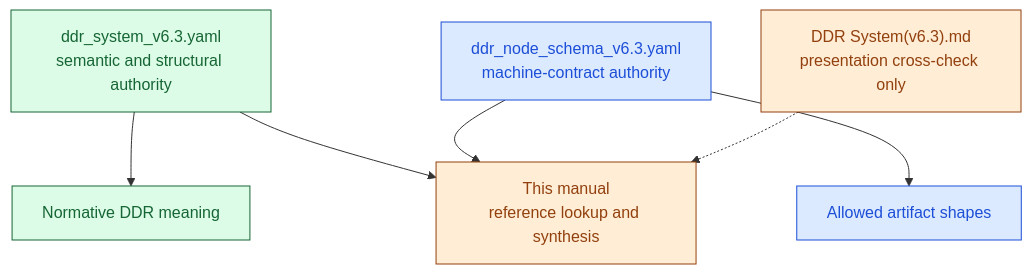
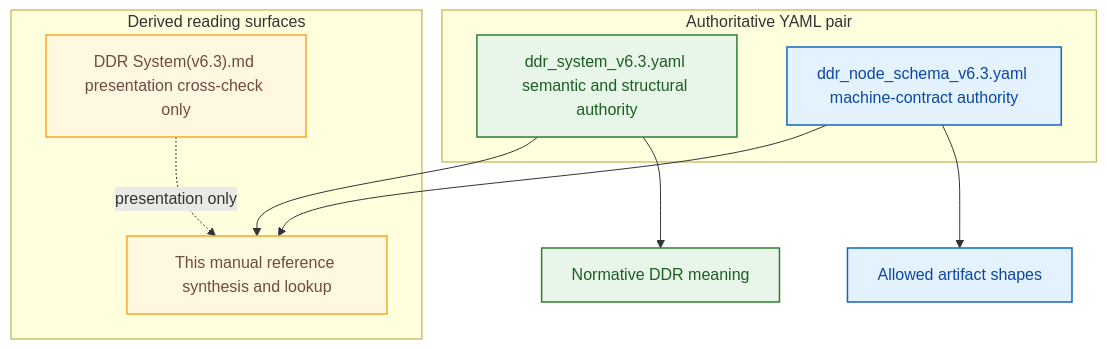
One commit to formosa/Antigravity changed the first of 28 diagrams in .agent/assets/proposals/active/v6.3/ddr_ref_manual_v6.3.md. Above: the diagram before and after it, drawn with Mermaid. The commit also changed other lines of this file and 76 other files, not shown here.

Commit message:
feat: formalize DDR system v6.2 and v6.3 proposals with issue resolution reports and updated schema definitions.

````diff
--- a/.agent/assets/proposals/active/v6.3/ddr_ref_manual_v6.3.md
+++ b/.agent/assets/proposals/active/v6.3/ddr_ref_manual_v6.3.md
@@ -112,22 +114,28 @@
 ```mermaid
 flowchart TB
-    SYS["ddr_system_v6.3.yaml<br/>semantic and structural authority"]
-    SCH["ddr_node_schema_v6.3.yaml<br/>machine-contract authority"]
-    MAN["This manual<br/>reference lookup and synthesis"]
-    CROSS["DDR System(v6.3).md<br/>presentation cross-check only"]
+    accTitle: Authority precedence and manual role
+    accDescr: Shows the authoritative YAML pair, the manual, and the companion markdown document, clarifying which surfaces control meaning and which are derivative reading aids.
+    subgraph SSOT["Authoritative YAML pair"]
+        SYS["ddr_system_v6.3.yaml semantic and structural authority"]
+        SCH["ddr_node_schema_v6.3.yaml machine-contract authority"]
+    end
+    subgraph DERIVED["Derived reading surfaces"]
+        MAN["This manual reference synthesis and lookup"]
+        CROSS["DDR System(v6.3).md presentation cross-check only"]
+    end
     SEM["Normative DDR meaning"]
     SHAPE["Allowed artifact shapes"]
 
     SYS --> SEM
     SCH --> SHAPE
     SYS --> MAN
     SCH --> MAN
-    CROSS -.-> MAN
+    CROSS -. presentation only .-> MAN
 
-    classDef normative fill:#dcfce7,stroke:#166534,color:#166534;
-    classDef schema fill:#dbeafe,stroke:#1d4ed8,color:#1d4ed8;
-    classDef explanatory fill:#ffedd5,stroke:#92400e,color:#92400e;
+    classDef normative fill:#e8f5e9,stroke:#2e7d32,color:#1b5e20,stroke-width:1.5px;
+    classDef schema fill:#e3f2fd,stroke:#1565c0,color:#0d47a1,stroke-width:1.5px;
+    classDef caution fill:#fff8e1,stroke:#f9a825,color:#6d4c41,stroke-width:1.5px;
     class SYS,SEM normative;
     class SCH,SHAPE schema;
-    class MAN,CROSS explanatory;
+    class MAN,CROSS caution;
 ```
````
